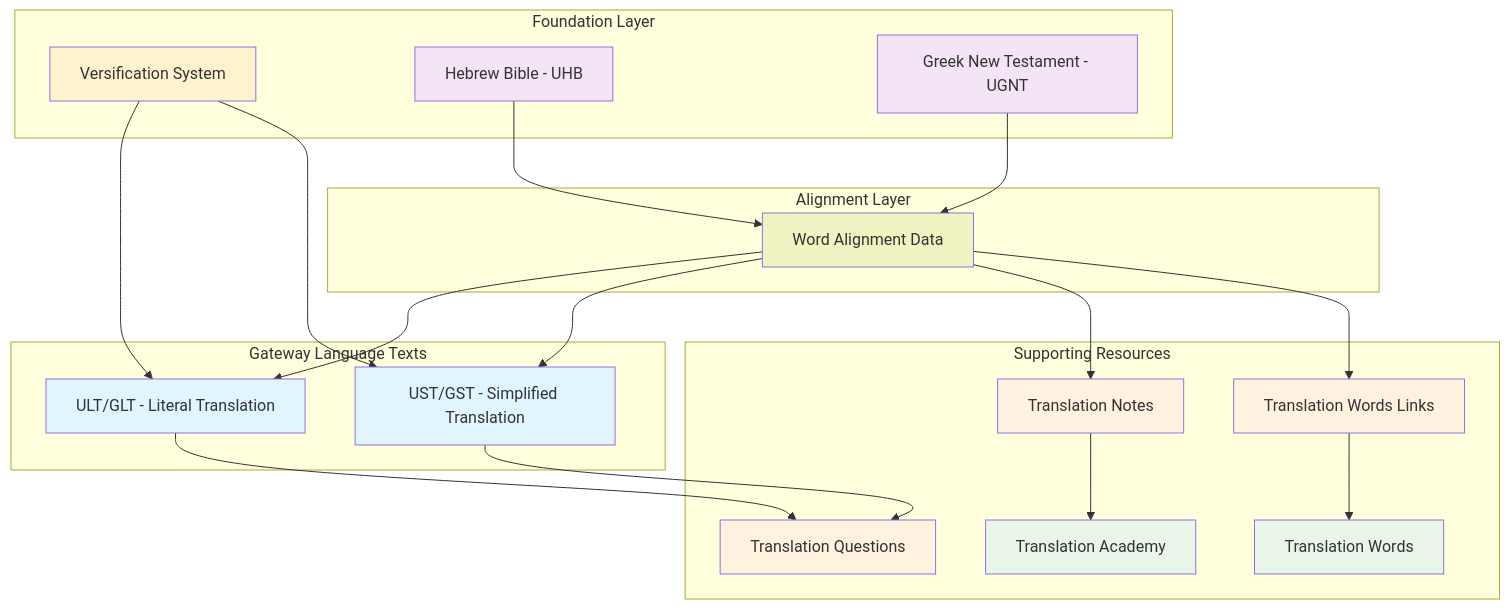
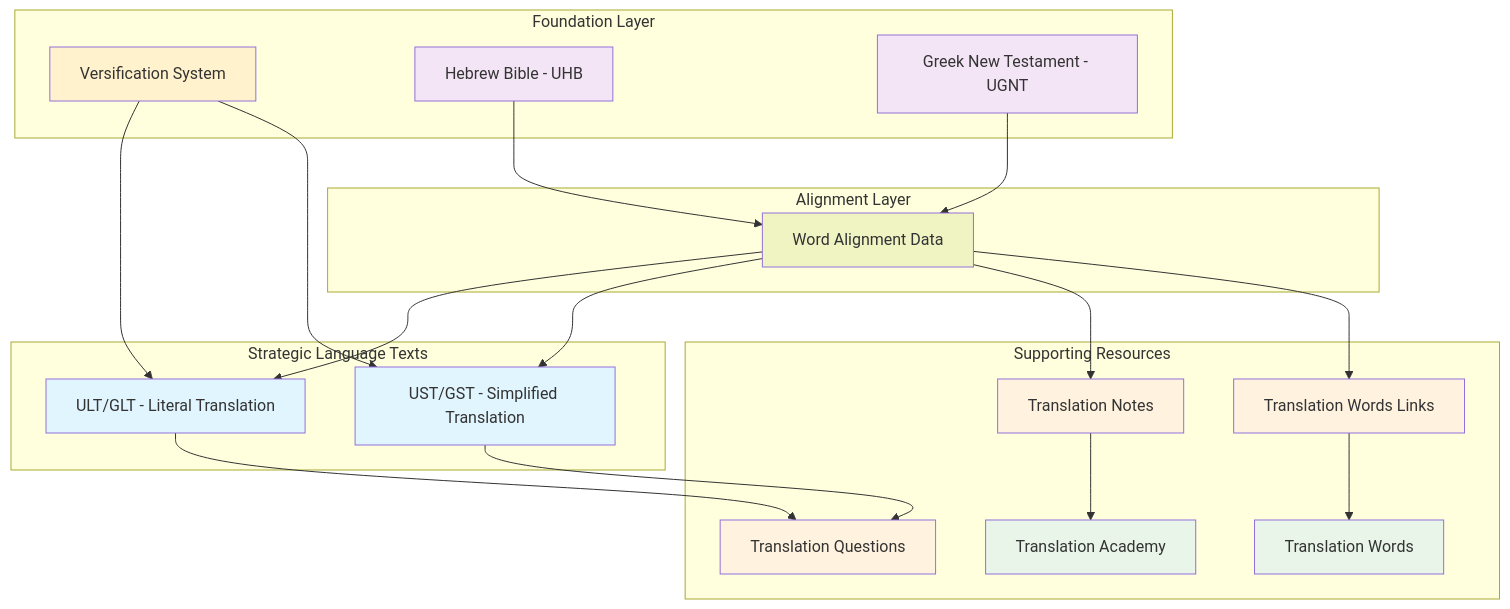
Before and after one commit to unfoldingWord/uW-Tools-Collab: the first of 6 diagrams in UW_TRANSLATION_RESOURCES_GUIDE.md, drawn with Mermaid. The commit also changed other lines of this file, not shown here.

````diff
--- a/UW_TRANSLATION_RESOURCES_GUIDE.md
+++ b/UW_TRANSLATION_RESOURCES_GUIDE.md
@@ -208,51 +208,51 @@
 ```mermaid
 graph TB
     subgraph "Foundation Layer"
         V[Versification System]
         UHB[Hebrew Bible - UHB]
         UGNT[Greek New Testament - UGNT]
     end
     
     subgraph "Alignment Layer" 
         WA[Word Alignment Data]
     end
     
-    subgraph "Gateway Language Texts"
+    subgraph "Strategic Language Texts"
         ULT[ULT/GLT - Literal Translation]
         UST[UST/GST - Simplified Translation]
     end
     
     subgraph "Supporting Resources"
         TN[Translation Notes]
         TWL[Translation Words Links]
         TW[Translation Words]
         TQ[Translation Questions]
         TA[Translation Academy]
     end
     
     V --> ULT
     V --> UST
     UHB --> WA
     UGNT --> WA
     WA --> ULT
     WA --> UST
     
     WA --> TN
     WA --> TWL
     TWL --> TW
     TN --> TA
     ULT --> TQ
     UST --> TQ
     
     style V fill:#fff2cc
     style WA fill:#f0f4c3
     style ULT fill:#e1f5fe
     style UST fill:#e1f5fe
     style UHB fill:#f3e5f5
     style UGNT fill:#f3e5f5
     style TN fill:#fff3e0
     style TW fill:#e8f5e8
     style TWL fill:#fff3e0
     style TQ fill:#fff3e0
     style TA fill:#e8f5e8
 ```
````
